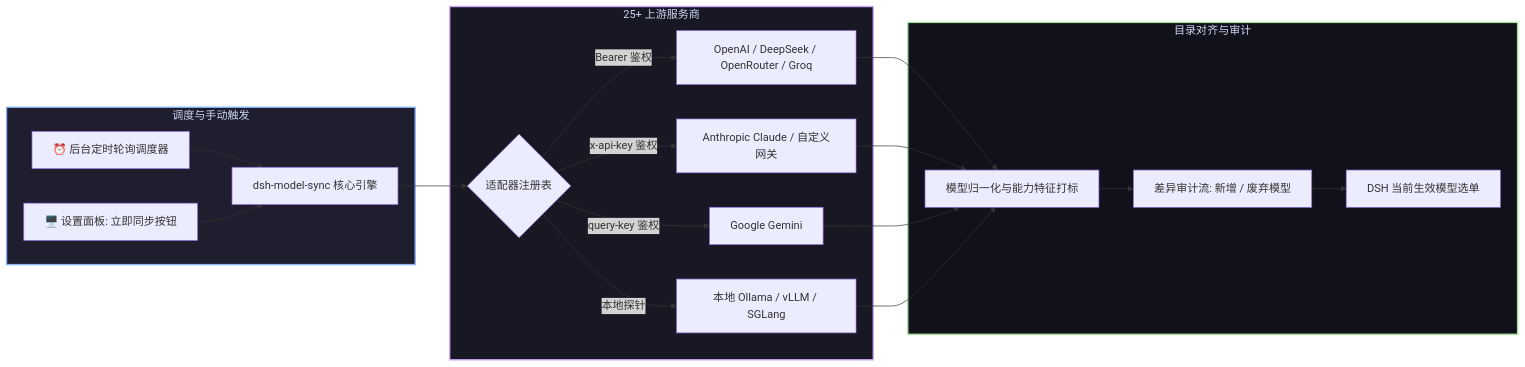
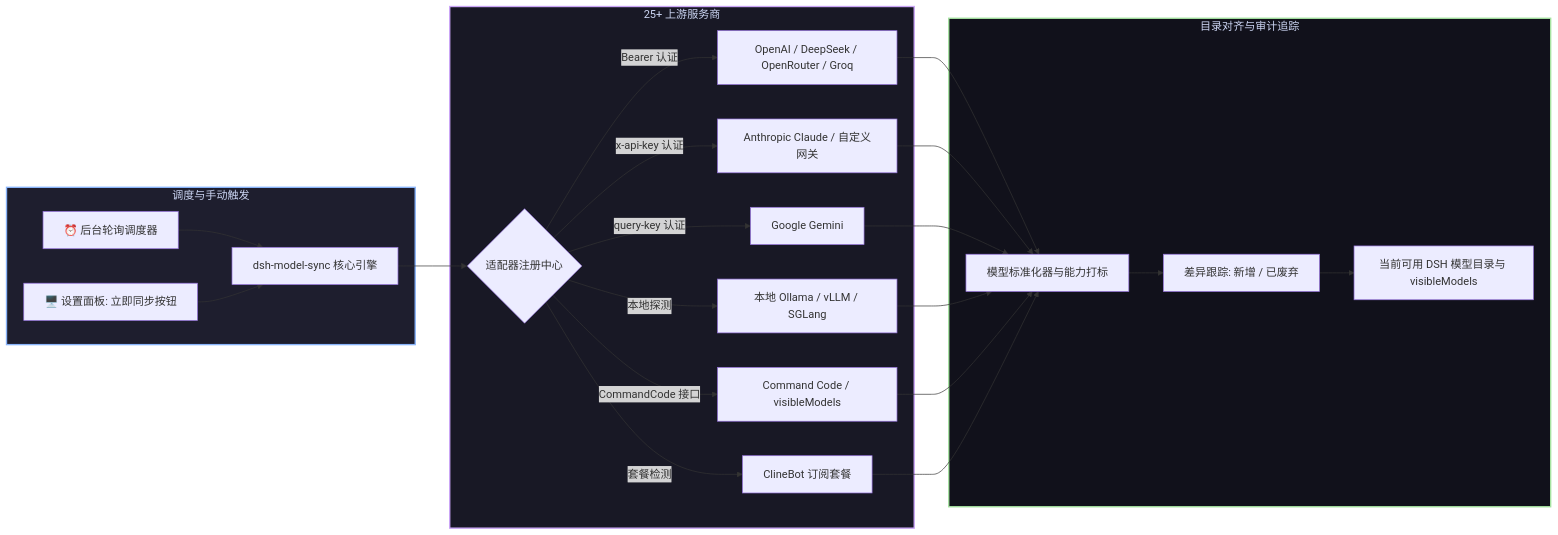
The diagram in README.zh.md (GooDAnDReaDY/dsh-model-sync), drawn with Mermaid before and after one commit. The commit also changed other lines of this file and 9 other files, not shown here.

````diff
--- a/README.zh.md
+++ b/README.zh.md
@@ -59,28 +44,32 @@
 ```mermaid
 graph LR
     subgraph Trigger [调度与手动触发]
-        Cron[⏰ 后台定时轮询调度器] --> Engine[dsh-model-sync 核心引擎]
+        Cron[⏰ 后台轮询调度器] --> Engine[dsh-model-sync 核心引擎]
         WebUI[🖥️ 设置面板: 立即同步按钮] --> Engine
     end
 
     subgraph Providers [25+ 上游服务商]
-        Engine --> Registry{适配器注册表}
-        Registry -->|Bearer 鉴权| P1[OpenAI / DeepSeek / OpenRouter / Groq]
-        Registry -->|x-api-key 鉴权| P2[Anthropic Claude / 自定义网关]
-        Registry -->|query-key 鉴权| P3[Google Gemini]
-        Registry -->|本地探针| P4[本地 Ollama / vLLM / SGLang]
+        Engine --> Registry{适配器注册中心}
+        Registry -->|Bearer 认证| P1[OpenAI / DeepSeek / OpenRouter / Groq]
+        Registry -->|x-api-key 认证| P2[Anthropic Claude / 自定义网关]
+        Registry -->|query-key 认证| P3[Google Gemini]
+        Registry -->|本地探测| P4[本地 Ollama / vLLM / SGLang]
+        Registry -->|CommandCode 接口| P5[Command Code / visibleModels]
+        Registry -->|套餐检测| P6[ClineBot 订阅套餐]
     end
 
-    subgraph Reconcile [目录对齐与审计]
-        P1 --> Normalizer[模型归一化与能力特征打标]
+    subgraph Reconcile [目录对齐与审计追踪]
+        P1 --> Normalizer[模型标准化器与能力打标]
         P2 --> Normalizer
         P3 --> Normalizer
         P4 --> Normalizer
-        Normalizer --> Diff[差异审计流: 新增 / 废弃模型]
-        Diff --> Catalog[DSH 当前生效模型选单]
+        P5 --> Normalizer
+        P6 --> Normalizer
+        Normalizer --> Diff[差异跟踪: 新增 / 已废弃]
+        Diff --> Catalog[当前可用 DSH 模型目录与 visibleModels]
     end
 
     style Trigger fill:#1e1e2e,stroke:#89b4fa,stroke-width:2px,color:#cdd6f4
     style Providers fill:#181825,stroke:#cba6f7,stroke-width:2px,color:#cdd6f4
     style Reconcile fill:#11111b,stroke:#a6e3a1,stroke-width:2px,color:#cdd6f4
 ```
````
